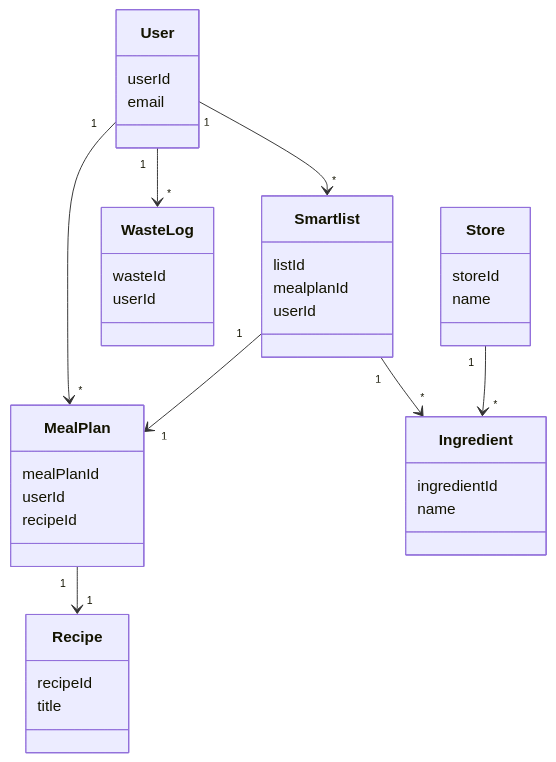
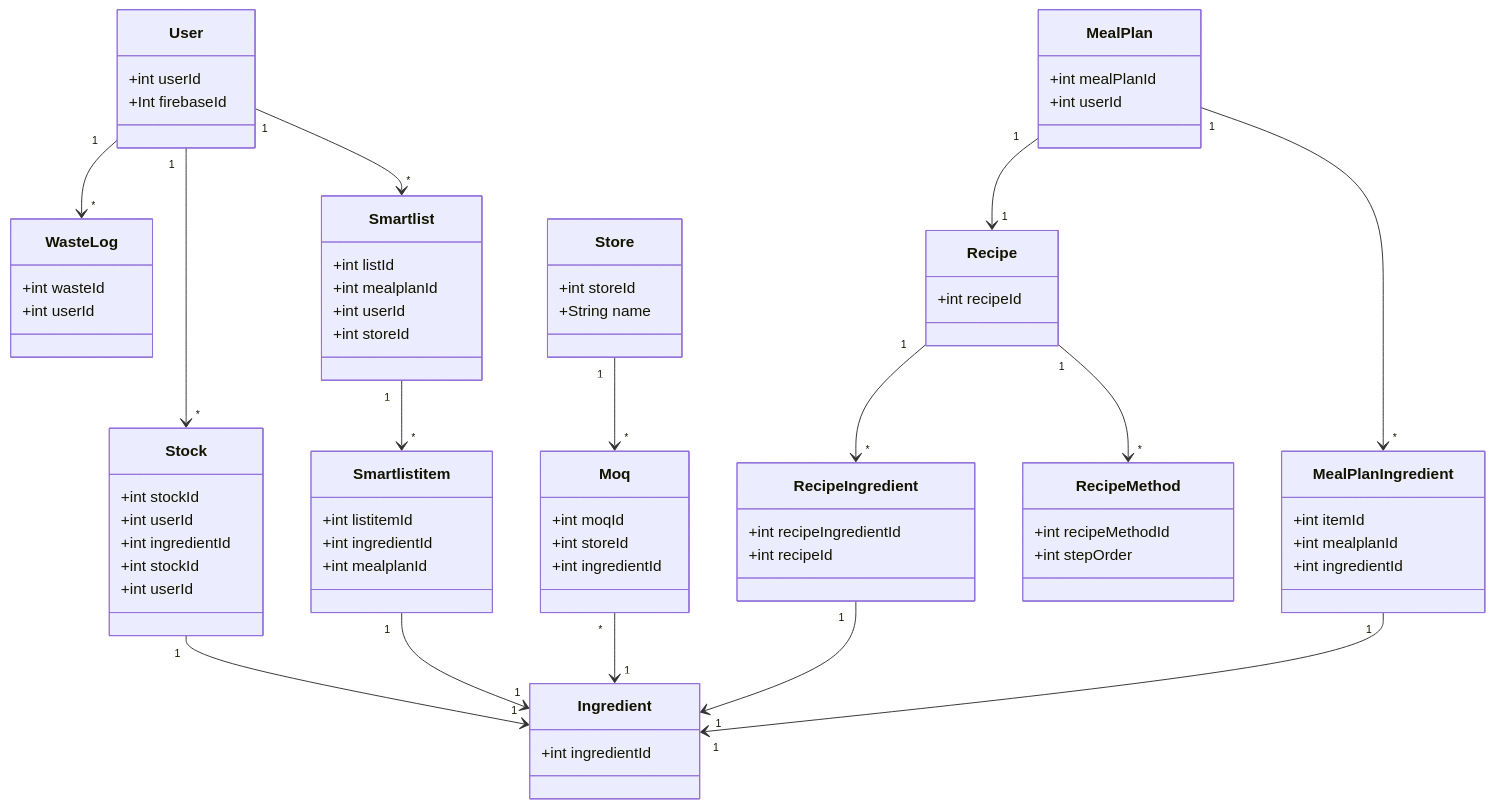
The third of 8 diagrams in documentation/designandmethods/class-erd-userflow.md (jbrun001/foodmanager), drawn with Mermaid before and after one commit. The commit also changed 1 other file, not shown here.

Commit message:
fixes to class overview, email address removal, draft formatting and puml for activity and sequence diagrams using view smart list

````diff
--- a/documentation/designandmethods/class-erd-userflow.md
+++ b/documentation/designandmethods/class-erd-userflow.md
@@ -87,48 +87,94 @@
 ```mermaid
 classDiagram
     class User {
-        userId
-        email
+        +int userId
+        +Int firebaseId
+    }
+
+    class WasteLog {
+        +int wasteId
+        +int userId
+    }
+
+    class Stock {
+        +int stockId
+        +int userId
+        +int ingredientId
+    }
+
+    class Smartlist {
+        +int listId
+        +int mealplanId
+        +int userId
+        +int storeId
+    }
+
+    class Smartlistitem {
+        +int listitemId
+        +int ingredientId
+        +int mealplanId
     }
 
     class Recipe {
-        recipeId
-        title
+        +int recipeId
+    }
+
+    class RecipeIngredient {
+        +int recipeIngredientId
+        +int recipeId
+    }
+
+    class RecipeMethod {
+        +int recipeMethodId
+        +int stepOrder
     }
 
     class MealPlan {
-        mealPlanId
-        userId
-        recipeId
+        +int mealPlanId
+        +int userId
     }
 
-    class Smartlist {
-        listId
-        mealplanId
-        userId
+    class MealPlanIngredient {
+        +int itemId
+        +int mealplanId
+        +int ingredientId
+    }
+    class Store {
+        +int storeId
+        +String name
     }
 
-    class WasteLog {
-        wasteId
-        userId
-    }
-
-    class Store {
-        storeId
-        name
+    class Moq {
+        +int moqId
+        +int storeId
+        +int ingredientId
     }
 
     class Ingredient {
-        ingredientId
-        name
+        +int ingredientId
     }
 
+    class Stock {
+        +int stockId
+        +int userId
+    }
+
+
+
+
     User "1" --> "*" WasteLog
-    User "1" --> "*" MealPlan
+    User "1" --> "*" Stock
     User "1" --> "*" Smartlist
+    Smartlist "1" --> "*" Smartlistitem
+    Smartlistitem "1" --> "1" Ingredient
+    Recipe "1" --> "*" RecipeIngredient
+    Recipe "1" --> "*" RecipeMethod
+    RecipeIngredient "1" --> "1" Ingredient
     MealPlan "1" --> "1" Recipe
-    Smartlist "1" --> "1" MealPlan
-    Smartlist "1" --> "*" Ingredient
-    Store "1" --> "*" Ingredient
+    MealPlan "1" --> "*" MealPlanIngredient
+    MealPlanIngredient "1" --> "1" Ingredient
+    Store "1" --> "*" Moq
+    Moq "*" --> "1" Ingredient
+    Stock "1" --> "1" Ingredient
 
 ```
````
